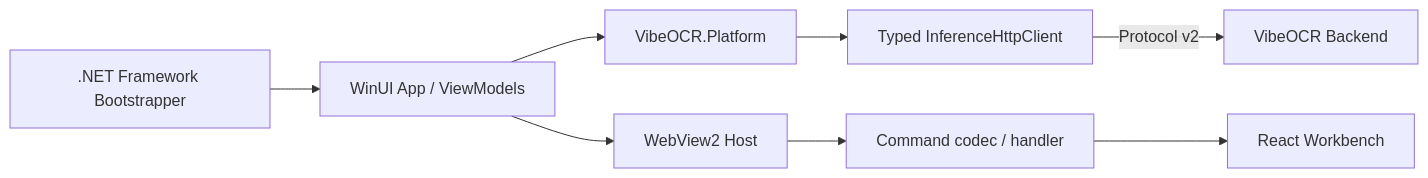
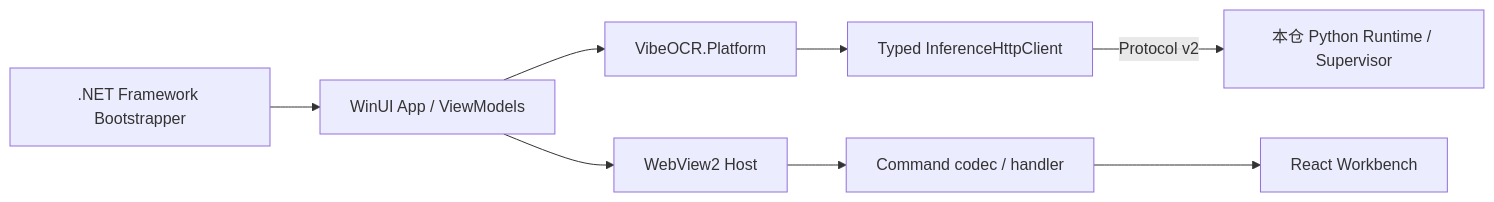
Before and after one commit to FelixJI/vibeocr-next: the diagram in README.md, drawn with Mermaid. The commit also changed other lines of this file and 389 other files, not shown here.

````diff
--- a/README.md
+++ b/README.md
@@ -90,10 +90,10 @@
 ```mermaid
 flowchart LR
     WinUI["WinUI App / ViewModels"] --> Platform["VibeOCR.Platform"]
     Platform --> Client["Typed InferenceHttpClient"]
-    Client -->|"Protocol v2"| Backend["VibeOCR Backend"]
+    Client -->|"Protocol v2"| Backend["本仓 Python Runtime / Supervisor"]
     WinUI --> WebView["WebView2 Host"]
     WebView --> Bridge["Command codec / handler"]
     Bridge --> React["React Workbench"]
     Bootstrapper[".NET Framework Bootstrapper"] --> WinUI
 ```
````
